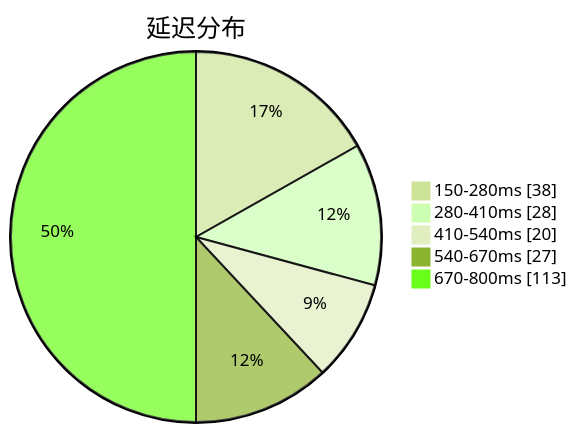
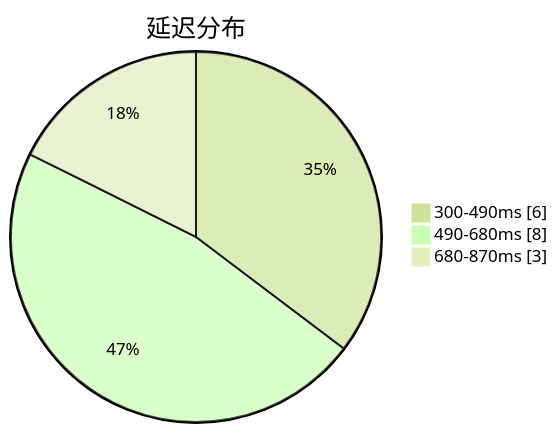
The first of 3 diagrams in subs/statistics/tested_within.md (sinspired/airport), drawn with Mermaid (forest theme) before and after one commit. The commit also changed other lines of this file and 2 other files, not shown here.

````diff
--- a/subs/statistics/tested_within.md
+++ b/subs/statistics/tested_within.md
@@ -2,9 +2,7 @@
 ```mermaid
 pie showData
 title 延迟分布
-"150-280ms" : 38
-"280-410ms" : 28
-"410-540ms" : 20
-"540-670ms" : 27
-"670-800ms" : 113
+"300-490ms" : 6
+"490-680ms" : 8
+"680-870ms" : 3
 ```
````
